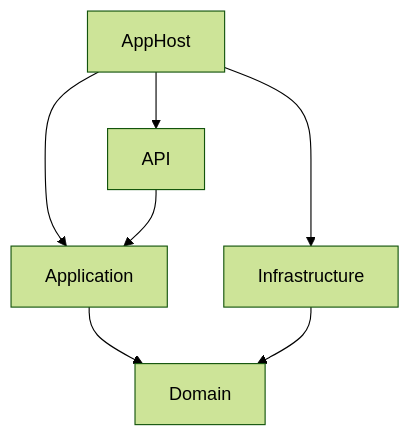
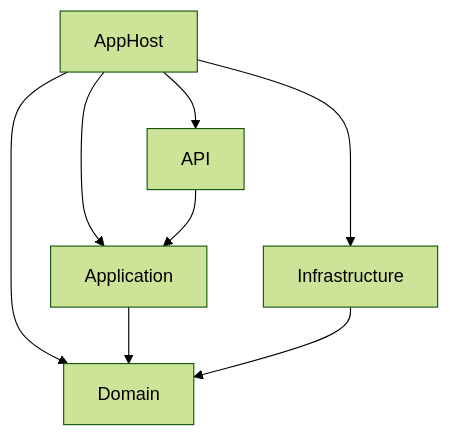
Before and after one commit to CodingFlow/rating-service-dotnet: the third of 3 diagrams in README.md, drawn with Mermaid (forest theme). The commit also changed other lines of this file, not shown here.

````diff
--- a/README.md
+++ b/README.md
@@ -132,14 +132,15 @@
 ```mermaid
 flowchart TD
   apphost[AppHost]
   api[API]
   app[Application]
   infrastructure[Infrastructure]
   domain[Domain]
   apphost --> api
   apphost --> app
   apphost --> infrastructure
+  apphost --> domain
   api --> app
   app --> domain
   infrastructure --> domain
 ```
````
